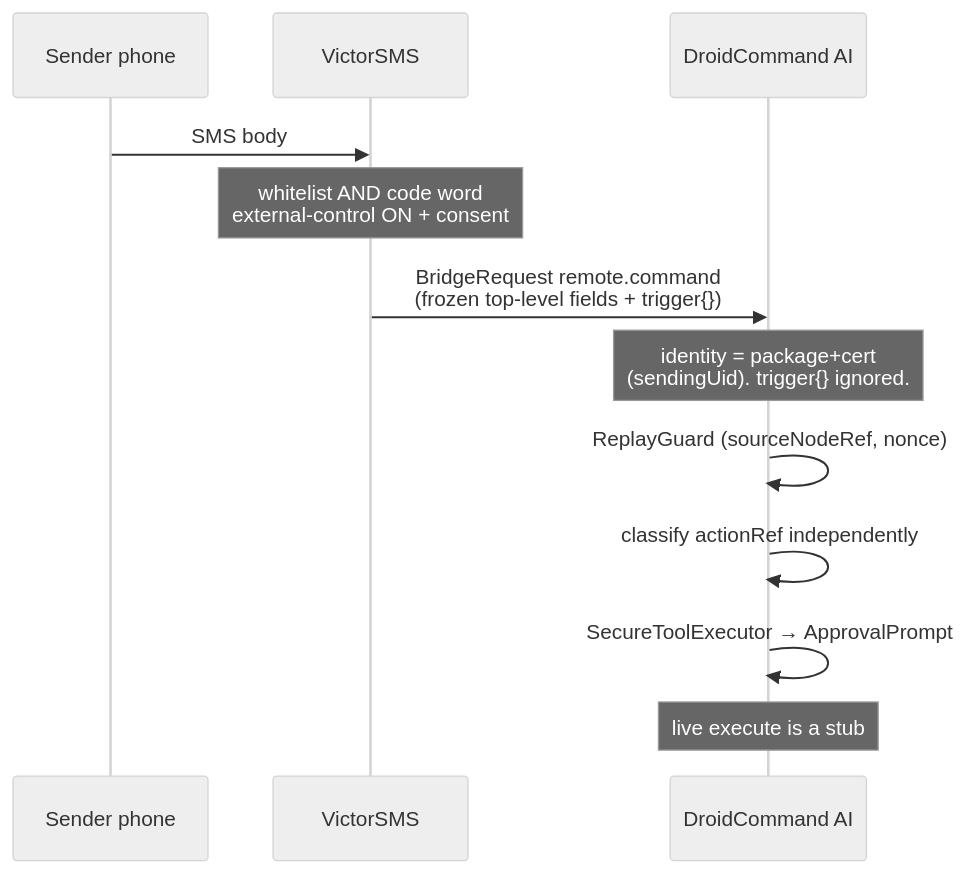
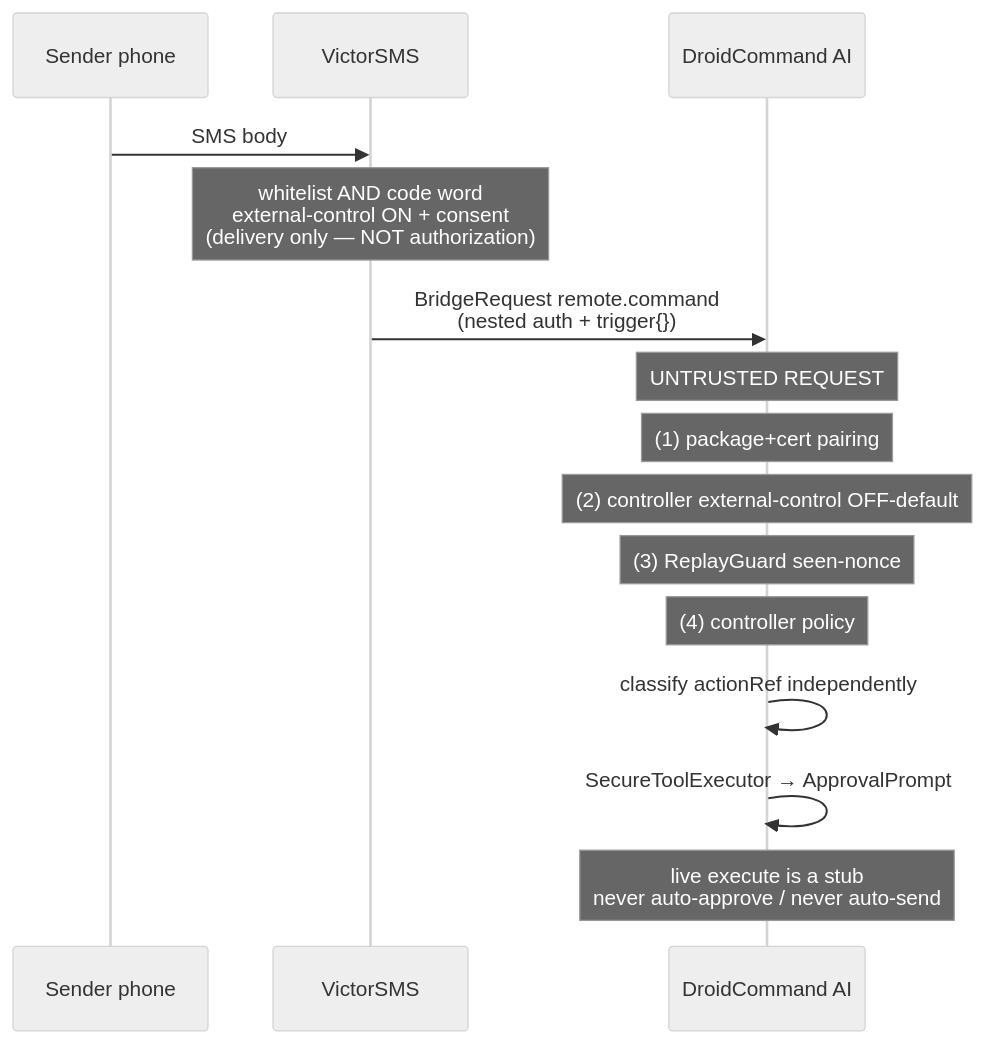
One commit to Victorious93/droidcommand-AI changed the first of 2 diagrams in docs/specs/REMOTE_CONTROL.md. Above: the diagram before and after it, drawn with Mermaid (neutral theme). The commit also changed other lines of this file and 47 other files, not shown here.

First line of the commit message:
feat(core-remotecontrol): ratified nested-auth protocol and fleet seams

````diff
--- a/docs/specs/REMOTE_CONTROL.md
+++ b/docs/specs/REMOTE_CONTROL.md
@@ -143,14 +229,17 @@
 ```mermaid
 sequenceDiagram
     participant Phone as Sender phone
     participant VS as VictorSMS
     participant DCA as DroidCommand AI
     Phone->>VS: SMS body
-    Note over VS: whitelist AND code word<br/>external-control ON + consent
-    VS->>DCA: BridgeRequest remote.command<br/>(frozen top-level fields + trigger{})
-    Note over DCA: identity = package+cert<br/>(sendingUid). trigger{} ignored.
-    DCA->>DCA: ReplayGuard (sourceNodeRef, nonce)
+    Note over VS: whitelist AND code word<br/>external-control ON + consent<br/>(delivery only — NOT authorization)
+    VS->>DCA: BridgeRequest remote.command<br/>(nested auth + trigger{})
+    Note over DCA: UNTRUSTED REQUEST
+    Note over DCA: (1) package+cert pairing
+    Note over DCA: (2) controller external-control OFF-default
+    Note over DCA: (3) ReplayGuard seen-nonce
+    Note over DCA: (4) controller policy
     DCA->>DCA: classify actionRef independently
     DCA->>DCA: SecureToolExecutor → ApprovalPrompt
-    Note over DCA: live execute is a stub
+    Note over DCA: live execute is a stub<br/>never auto-approve / never auto-send
 ```
````
